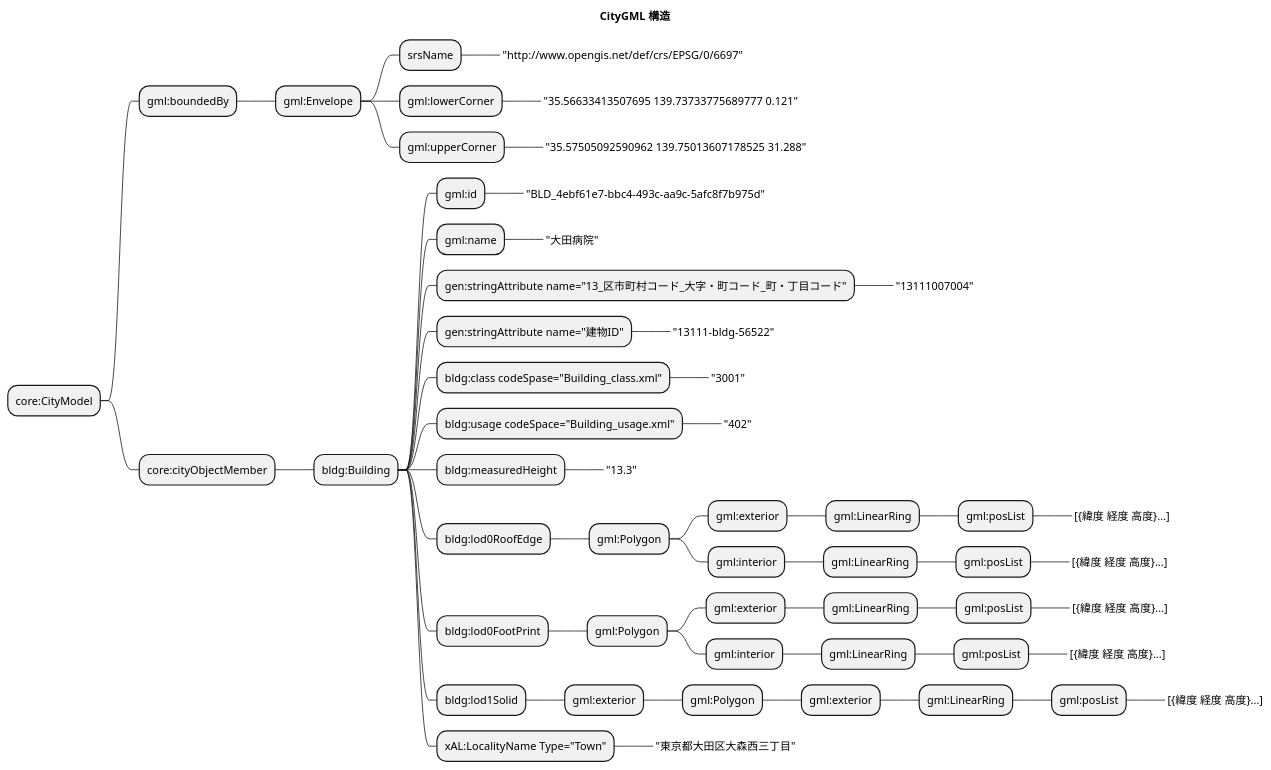
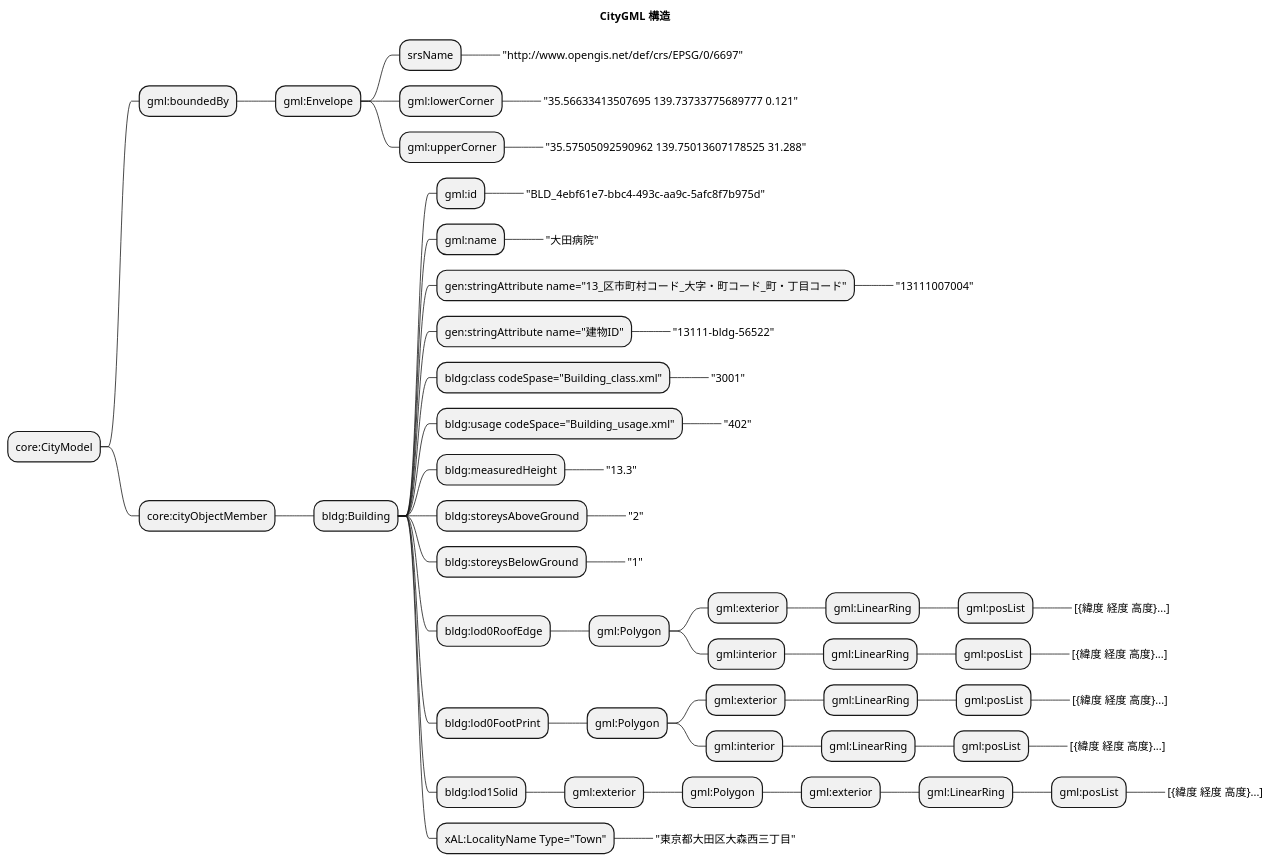
Before and after one commit to yuuhayashi/citygml-osm: the diagram in doc/citygml/citygml.mind.pu, drawn with PlantUML. The commit also changed 5 other files, not shown here.

```diff
--- a/doc/citygml/citygml.mind.pu
+++ b/doc/citygml/citygml.mind.pu
@@ -1,67 +1,73 @@
 @startmindmap
 title CityGML 構造
 
 * core:CityModel
 ** gml:boundedBy
 *** gml:Envelope
 **** srsName
 *****_ "http://www.opengis.net/def/crs/EPSG/0/6697"
 **** gml:lowerCorner
 *****_ "35.56633413507695 139.73733775689777 0.121"
 **** gml:upperCorner
 *****_ "35.57505092590962 139.75013607178525 31.288"
 
 ** core:cityObjectMember
 *** bldg:Building
 **** gml:id
 *****_ "BLD_4ebf61e7-bbc4-493c-aa9c-5afc8f7b975d"
 **** gml:name
 *****_ "大田病院"
 **** gen:stringAttribute name="13_区市町村コード_大字・町コード_町・丁目コード"
 *****_ "13111007004"
 **** gen:stringAttribute name="建物ID"
 *****_ "13111-bldg-56522"
 
 **** bldg:class codeSpase="Building_class.xml"
 *****_ "3001"
 
 **** bldg:usage codeSpace="Building_usage.xml"
 *****_ "402"
 
 **** bldg:measuredHeight
 *****_ "13.3"
+
+**** bldg:storeysAboveGround
+*****_ "2"
+
+**** bldg:storeysBelowGround
+*****_ "1"
 
 **** bldg:lod0RoofEdge
 ***** gml:Polygon
 ****** gml:exterior
 ******* gml:LinearRing
 ******** gml:posList
 *********_ [{緯度 経度 高度}...]
 ****** gml:interior
 ******* gml:LinearRing
 ******** gml:posList
 *********_ [{緯度 経度 高度}...]
 
 **** bldg:lod0FootPrint
 ***** gml:Polygon
 ****** gml:exterior
 ******* gml:LinearRing
 ******** gml:posList
 *********_ [{緯度 経度 高度}...]
 ****** gml:interior
 ******* gml:LinearRing
 ******** gml:posList
 *********_ [{緯度 経度 高度}...]
 
 **** bldg:lod1Solid
 ***** gml:exterior
 ****** gml:Polygon
 ******* gml:exterior
 ******** gml:LinearRing
 ********* gml:posList
 **********_ [{緯度 経度 高度}...]
 
 **** xAL:LocalityName Type="Town"
 *****_ "東京都大田区大森西三丁目"
 
 @endmindmap
```
